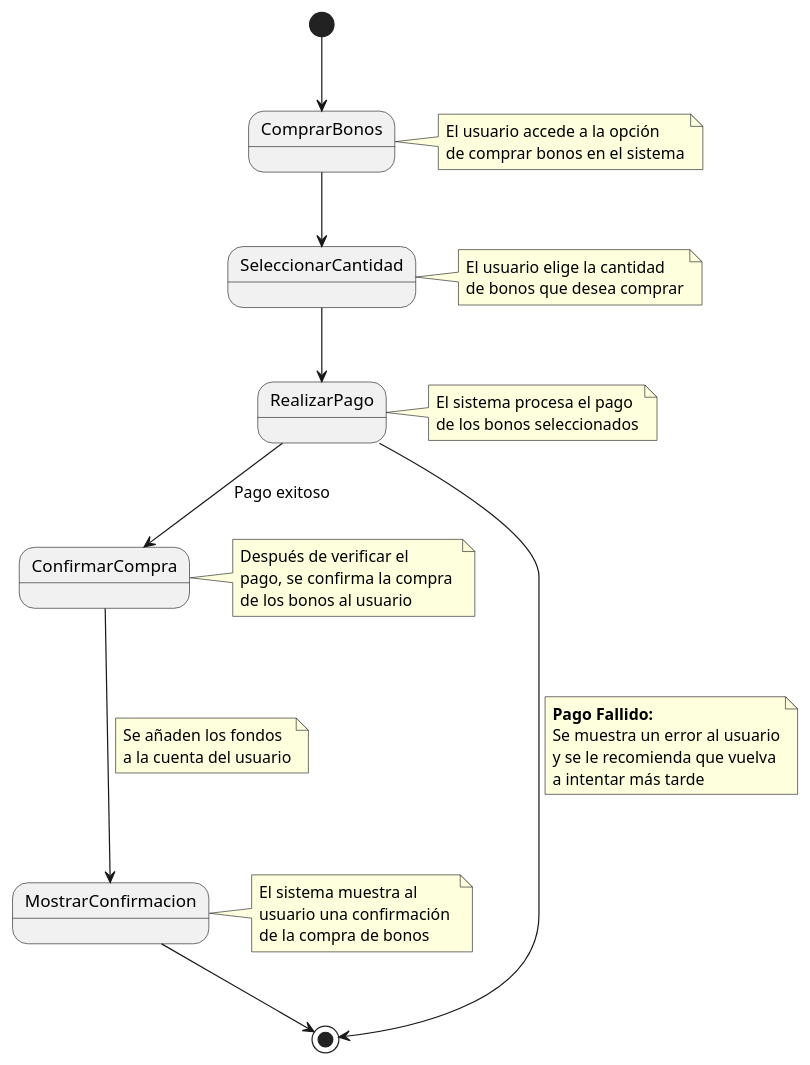
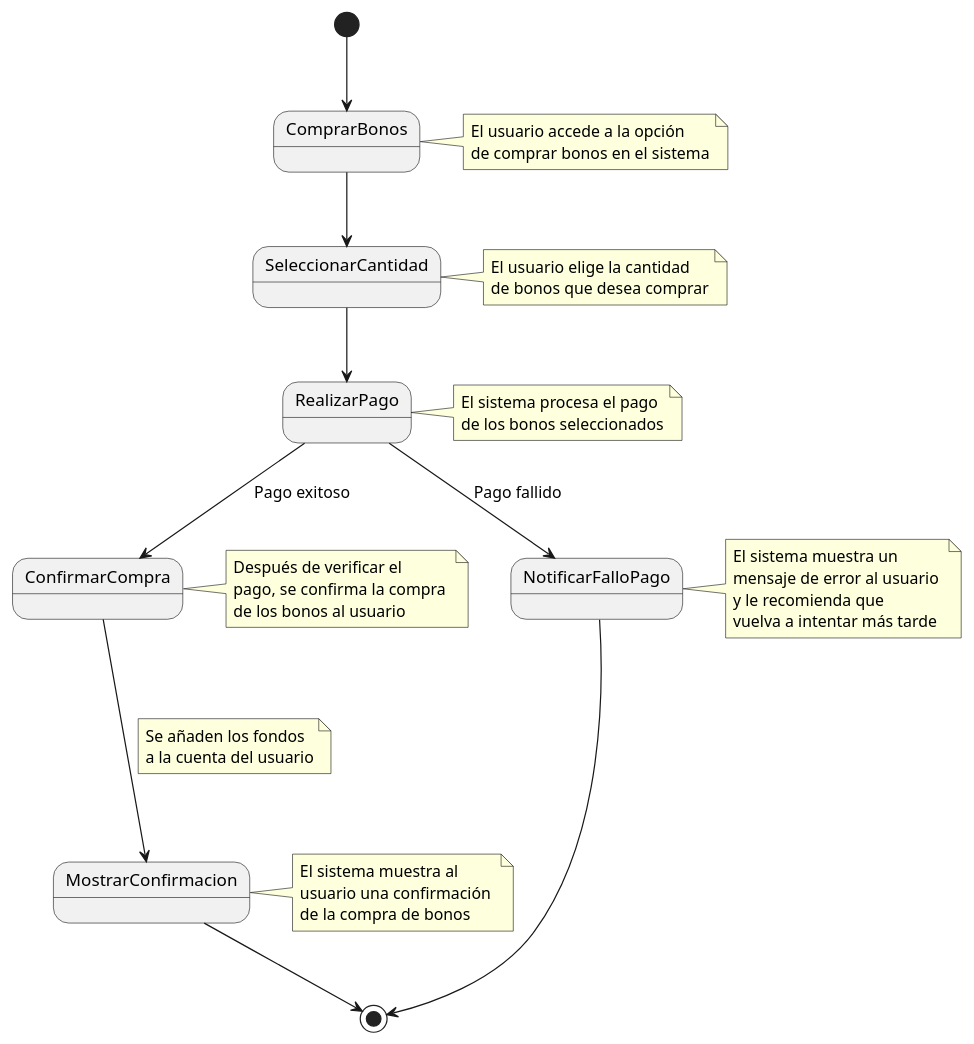
Before and after one commit to pablarce/23-24-IdSw1-SDR: the diagram in CasosDeUso/CduDetallados/CduPagos/ComprarBonos.puml, drawn with PlantUML.

Commit message:
Update ComprarBonos.puml
Agrego parte de pago fallido

```diff
--- a/CasosDeUso/CduDetallados/CduPagos/ComprarBonos.puml
+++ b/CasosDeUso/CduDetallados/CduPagos/ComprarBonos.puml
@@ -1,48 +1,51 @@
 @startuml
 
 [*] --> ComprarBonos
 note right of ComprarBonos
  El usuario accede a la opción 
  de comprar bonos en el sistema
 end note
 
 ComprarBonos --> SeleccionarCantidad
 note right of SeleccionarCantidad
  El usuario elige la cantidad 
  de bonos que desea comprar
 end note
 
 SeleccionarCantidad --> RealizarPago
 note right of RealizarPago
  El sistema procesa el pago 
  de los bonos seleccionados
 end note
 
 RealizarPago --> ConfirmarCompra : Pago exitoso
 note right of ConfirmarCompra
  Después de verificar el 
  pago, se confirma la compra 
  de los bonos al usuario
 end note
 
-RealizarPago --> [*]
-note on link
-**Pago Fallido:**
-Se muestra un error al usuario
-y se le recomienda que vuelva
-a intentar más tarde
-end note
-
 ConfirmarCompra ---> MostrarConfirmacion
 note  on  link
 Se añaden los fondos 
 a la cuenta del usuario
 end note
 note right of MostrarConfirmacion
 El sistema muestra al 
 usuario una confirmación 
 de la compra de bonos
 end note
 
+RealizarPago --> NotificarFalloPago : Pago fallido
+note right of NotificarFalloPago
+El sistema muestra un 
+mensaje de error al usuario 
+y le recomienda que 
+vuelva a intentar más tarde
+end note
+
+NotificarFalloPago --> [*]
+
 MostrarConfirmacion --> [*]
+
 @enduml
```
